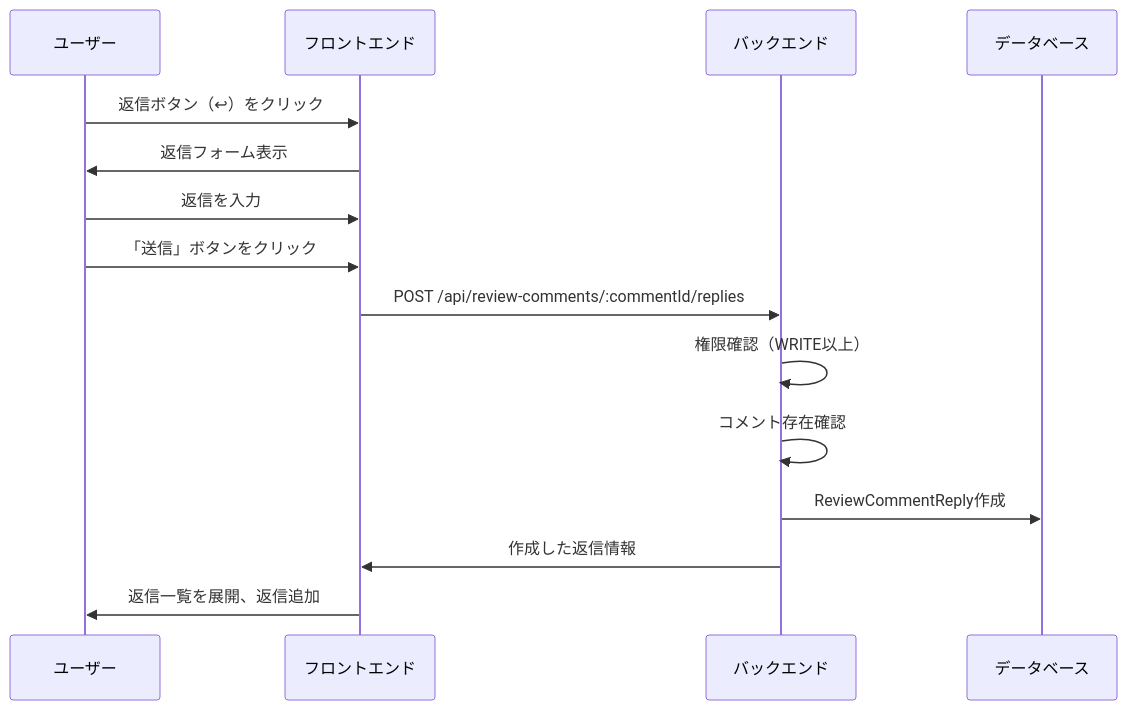
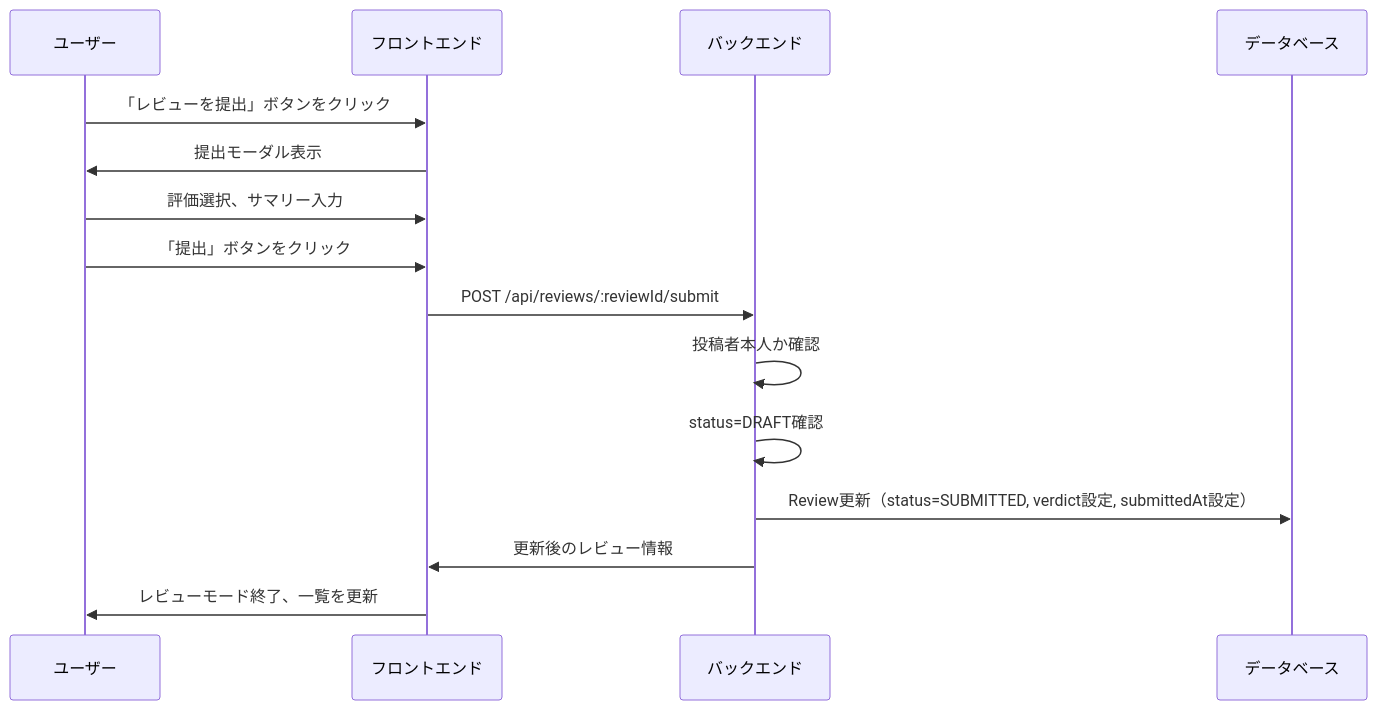
One commit to tsutsumi389/agentest changed the third of 7 diagrams in docs/architecture/features/review-comment.md. Above: the diagram before and after it, drawn with Mermaid. The commit also changed other lines of this file and 1 other file, not shown here.

First line of the commit message:
feat: Implement review feature with session-based commenting system

````diff
--- a/docs/architecture/features/review-comment.md
+++ b/docs/architecture/features/review-comment.md
@@ -151,18 +261,18 @@
 ```mermaid
 sequenceDiagram
     participant U as ユーザー
     participant F as フロントエンド
     participant B as バックエンド
     participant DB as データベース
 
-    U->>F: 返信ボタン（↩）をクリック
-    F->>U: 返信フォーム表示
-    U->>F: 返信を入力
-    U->>F: 「送信」ボタンをクリック
-    F->>B: POST /api/review-comments/:commentId/replies
-    B->>B: 権限確認（WRITE以上）
-    B->>B: コメント存在確認
-    B->>DB: ReviewCommentReply作成
-    B->>F: 作成した返信情報
-    F->>U: 返信一覧を展開、返信追加
+    U->>F: 「レビューを提出」ボタンをクリック
+    F->>U: 提出モーダル表示
+    U->>F: 評価選択、サマリー入力
+    U->>F: 「提出」ボタンをクリック
+    F->>B: POST /api/reviews/:reviewId/submit
+    B->>B: 投稿者本人か確認
+    B->>B: status=DRAFT確認
+    B->>DB: Review更新（status=SUBMITTED, verdict設定, submittedAt設定）
+    B->>F: 更新後のレビュー情報
+    F->>U: レビューモード終了、一覧を更新
 ```
````
